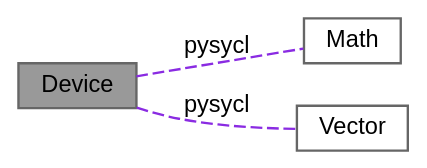
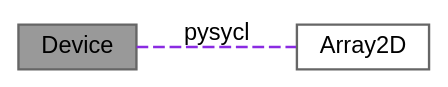
Before and after one commit to OsmanAEG/PySYCL: the diagram in docs/PySYCL_doxygen_html/group___device.dot, drawn with Graphviz. The commit also changed 115 other files, not shown here.

```diff
--- a/docs/PySYCL_doxygen_html/group___device.dot
+++ b/docs/PySYCL_doxygen_html/group___device.dot
@@ -1,14 +1,12 @@
 digraph "Device"
 {
  // INTERACTIVE_SVG=YES
  // LATEX_PDF_SIZE
   bgcolor="transparent";
   edge [fontname=Helvetica,fontsize=10,labelfontname=Helvetica,labelfontsize=10];
   node [fontname=Helvetica,fontsize=10,shape=box,height=0.2,width=0.4];
   rankdir=LR;
+  Node2 [id="Node000002",label="Array2D",height=0.2,width=0.4,color="grey40", fillcolor="white", style="filled",URL="$group___array2_d.html",tooltip=" "];
   Node1 [id="Node000001",label="Device",height=0.2,width=0.4,color="gray40", fillcolor="grey60", style="filled", fontcolor="black",tooltip=" "];
-  Node2 [id="Node000002",label="Math",height=0.2,width=0.4,color="grey40", fillcolor="white", style="filled",URL="$group___math.html",tooltip=" "];
-  Node3 [id="Node000003",label="Vector",height=0.2,width=0.4,color="grey40", fillcolor="white", style="filled",URL="$group___vector.html",tooltip=" "];
   Node1->Node2 [shape=plaintext, label="pysycl", color="blueviolet", dir="none", style="dashed"];
-  Node1->Node3 [shape=plaintext, label="pysycl", color="blueviolet", dir="none", style="dashed"];
 }
```
